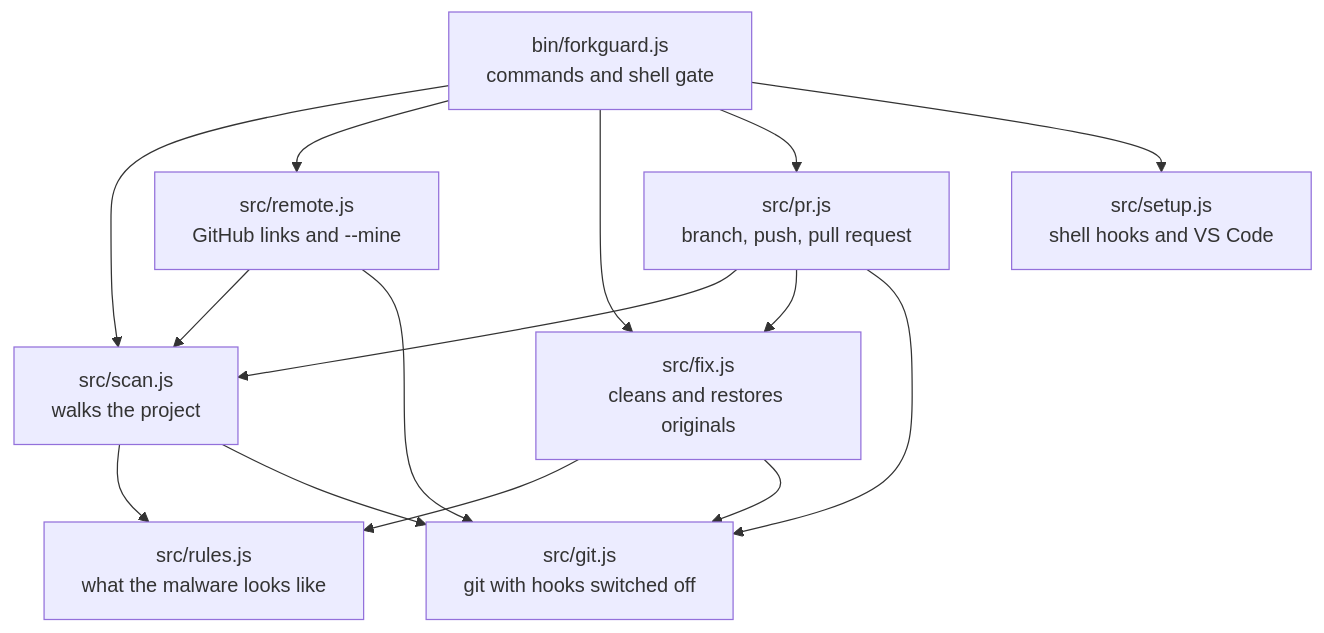
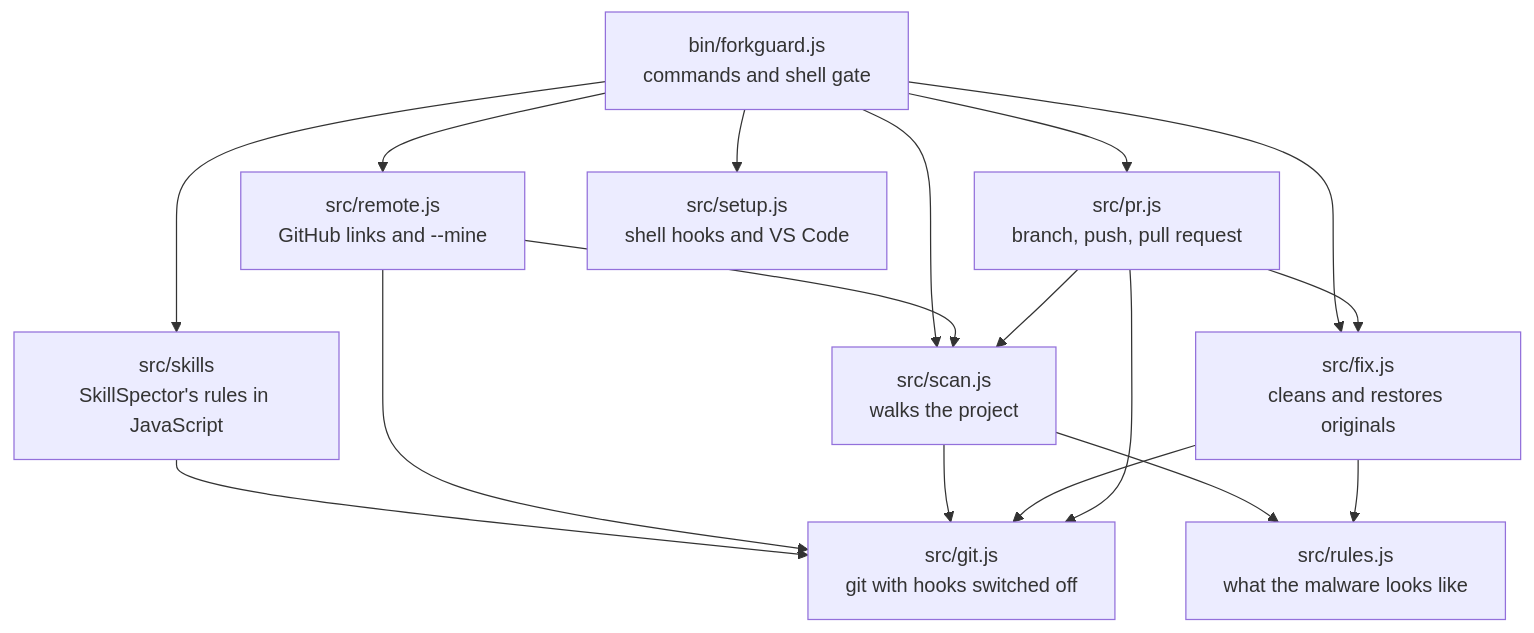
The seventh of 7 diagrams in docs/how-it-works.md (PRODHOSH/forkguard), drawn with Mermaid before and after one commit. The commit also changed other lines of this file and 11 other files, not shown here.

````diff
--- a/docs/how-it-works.md
+++ b/docs/how-it-works.md
@@ -165,26 +197,29 @@
 ```mermaid
 flowchart TD
     CLI["bin/forkguard.js<br/>commands and shell gate"]
     SCAN["src/scan.js<br/>walks the project"]
     REMOTE["src/remote.js<br/>GitHub links and --mine"]
     RULES["src/rules.js<br/>what the malware looks like"]
     FIX["src/fix.js<br/>cleans and restores originals"]
     PR["src/pr.js<br/>branch, push, pull request"]
     SETUP["src/setup.js<br/>shell hooks and VS Code"]
     GIT["src/git.js<br/>git with hooks switched off"]
+    SKILLS["src/skills<br/>SkillSpector's rules in JavaScript"]
 
+    CLI --> SKILLS
+    SKILLS --> GIT
     CLI --> SCAN
     CLI --> REMOTE
     REMOTE --> SCAN
     REMOTE --> GIT
     CLI --> FIX
     CLI --> PR
     CLI --> SETUP
     SCAN --> RULES
     FIX --> RULES
     PR --> SCAN
     PR --> FIX
     SCAN --> GIT
     FIX --> GIT
     PR --> GIT
 ```
````
